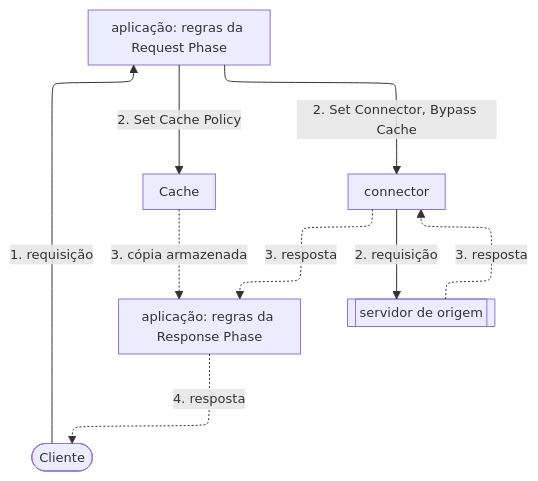
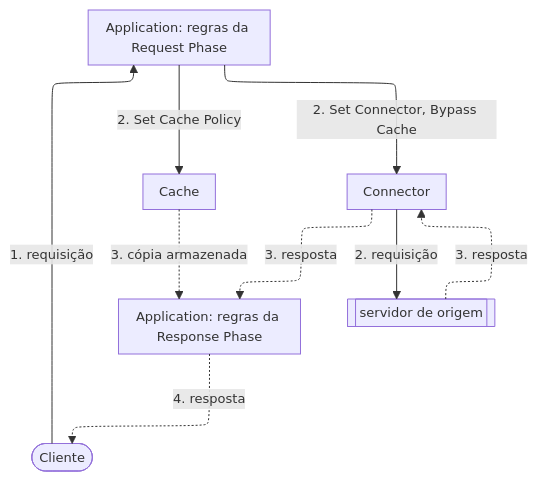
One commit to aziontech/docs changed the second of 3 diagrams in apps/docs/src/content/docs/pt-br/pages/build/applications/como-funciona.mdx. Above: the diagram before and after it, drawn with Mermaid. The commit also changed other lines of this file and 3 other files, not shown here.

````diff
--- a/apps/docs/src/content/docs/pt-br/pages/build/applications/como-funciona.mdx
+++ b/apps/docs/src/content/docs/pt-br/pages/build/applications/como-funciona.mdx
@@ -73,18 +73,18 @@
 ```mermaid
 %%{init: {"layout": "elk", "elk": {"cycleBreakingStrategy": "MODEL_ORDER"}, "themeVariables": {"fontSize": "13px"}, "flowchart": {"nodeSpacing": 24, "rankSpacing": 36, "padding": 8, "wrappingWidth": 150, "useMaxWidth": true}, "sequence": {"width": 120, "actorMargin": 30, "useMaxWidth": true}}}%%
 flowchart TD
   Client(["Cliente"])
-  ReqRules["aplicação: regras da Request Phase"]
-  RespRules["aplicação: regras da Response Phase"]
+  ReqRules["Application: regras da Request Phase"]
+  RespRules["Application: regras da Response Phase"]
   Cache["Cache"]
-  Conn["connector"]
+  Conn["Connector"]
   Origin[["servidor de origem"]]
   Client -->|"1. requisição"| ReqRules
   ReqRules -->|"2. Set Cache Policy"| Cache
   ReqRules -->|"2. Set Connector, Bypass Cache"| Conn
   Conn -->|"2. requisição"| Origin
   Cache -.->|"3. cópia armazenada"| RespRules
   Origin -.->|"3. resposta"| Conn
   Conn -.->|"3. resposta"| RespRules
   RespRules -.->|"4. resposta"| Client
 ```
````
